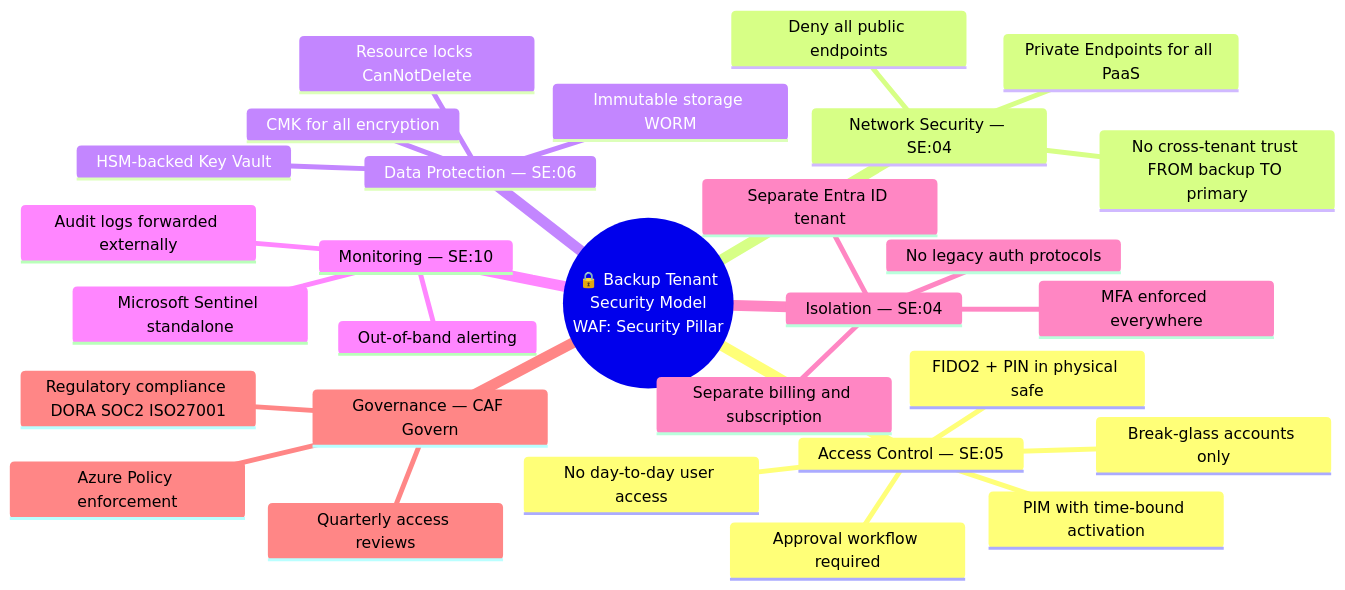
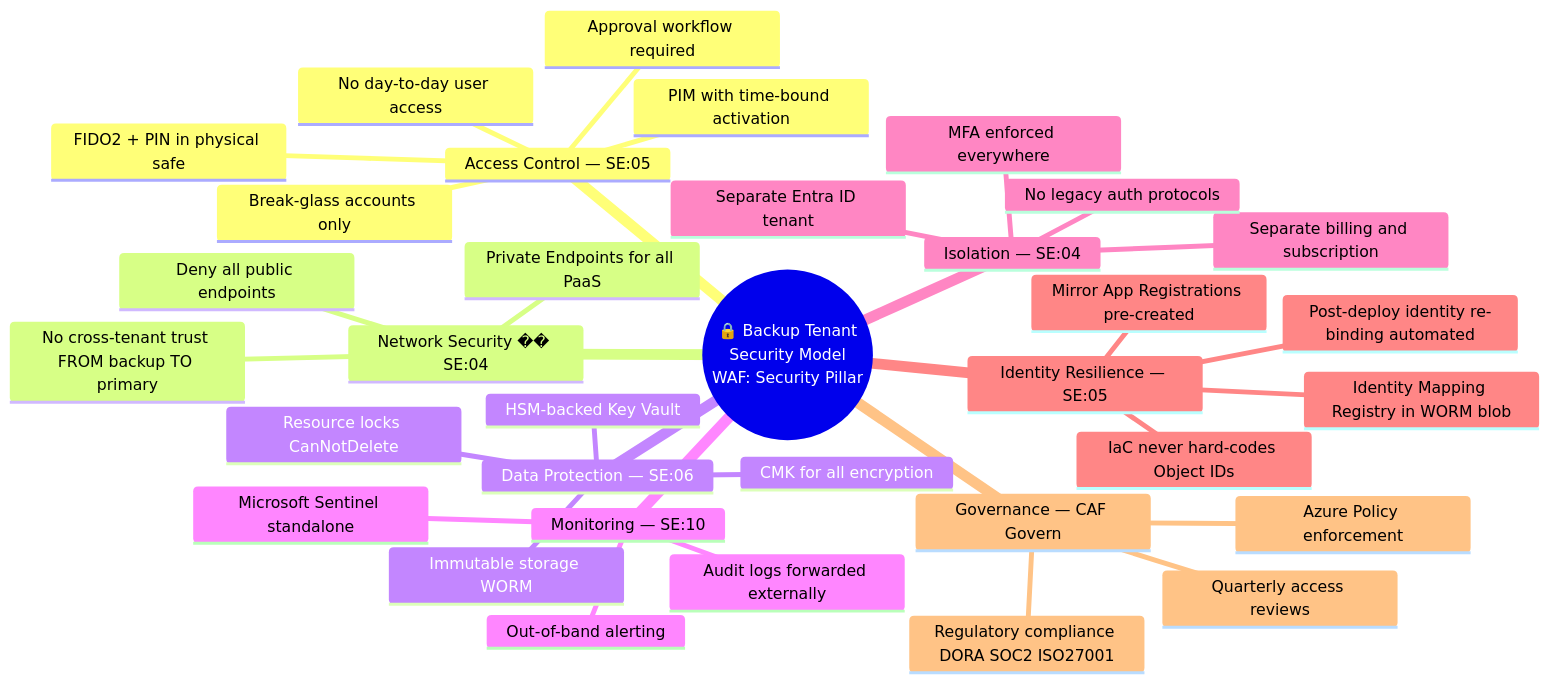
One commit to shaleen-wonder-ent/user-guides changed diagram 12 of 17 in Azure_Entra_Level_Resiliency_architecture.md. Above: the diagram before and after it, drawn with Mermaid. The commit also changed other lines of this file, not shown here.

````diff
--- a/Azure_Entra_Level_Resiliency_architecture.md
+++ b/Azure_Entra_Level_Resiliency_architecture.md
@@ -727,32 +769,37 @@
 ```mermaid
 mindmap
   root((🔒 Backup Tenant<br/>Security Model<br/>WAF: Security Pillar))
     Access Control — SE:05
       No day-to-day user access
       Break-glass accounts only
       FIDO2 + PIN in physical safe
       PIM with time-bound activation
       Approval workflow required
-    Network Security — SE:04
+    Network Security �� SE:04
       Deny all public endpoints
       Private Endpoints for all PaaS
       No cross-tenant trust FROM backup TO primary
     Data Protection — SE:06
       Immutable storage WORM
       Resource locks CanNotDelete
       HSM-backed Key Vault
       CMK for all encryption
     Monitoring — SE:10
       Microsoft Sentinel standalone
       Audit logs forwarded externally
       Out-of-band alerting
     Isolation — SE:04
       Separate Entra ID tenant
       Separate billing and subscription
       MFA enforced everywhere
       No legacy auth protocols
+    Identity Resilience — SE:05
+      Identity Mapping Registry in WORM blob
+      Mirror App Registrations pre-created
+      IaC never hard-codes Object IDs
+      Post-deploy identity re-binding automated
     Governance — CAF Govern
       Azure Policy enforcement
       Regulatory compliance DORA SOC2 ISO27001
       Quarterly access reviews
 ```
````
